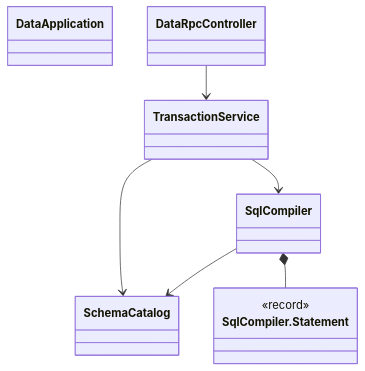
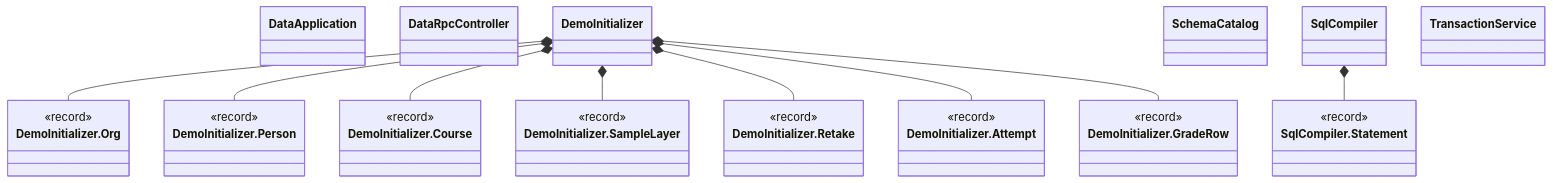
One commit to AlexLiong/grade-management-system changed the fourth of 5 diagrams in docs/class-diagrams.md. Above: the diagram before and after it, drawn with Mermaid. The commit also changed other lines of this file and 11 other files, not shown here.

````diff
--- a/docs/class-diagrams.md
+++ b/docs/class-diagrams.md
@@ -89,15 +95,33 @@
 ```mermaid
 classDiagram
     class DataApplication["DataApplication"]
     class DataRpcController["DataRpcController"]
+    class DemoInitializer["DemoInitializer"]
+    class DemoInitializer_Org["DemoInitializer.Org"]
+    <<record>> DemoInitializer_Org
+    DemoInitializer *-- DemoInitializer_Org
+    class DemoInitializer_Person["DemoInitializer.Person"]
+    <<record>> DemoInitializer_Person
+    DemoInitializer *-- DemoInitializer_Person
+    class DemoInitializer_Course["DemoInitializer.Course"]
+    <<record>> DemoInitializer_Course
+    DemoInitializer *-- DemoInitializer_Course
+    class DemoInitializer_SampleLayer["DemoInitializer.SampleLayer"]
+    <<record>> DemoInitializer_SampleLayer
+    DemoInitializer *-- DemoInitializer_SampleLayer
+    class DemoInitializer_Retake["DemoInitializer.Retake"]
+    <<record>> DemoInitializer_Retake
+    DemoInitializer *-- DemoInitializer_Retake
+    class DemoInitializer_Attempt["DemoInitializer.Attempt"]
+    <<record>> DemoInitializer_Attempt
+    DemoInitializer *-- DemoInitializer_Attempt
+    class DemoInitializer_GradeRow["DemoInitializer.GradeRow"]
+    <<record>> DemoInitializer_GradeRow
+    DemoInitializer *-- DemoInitializer_GradeRow
     class SchemaCatalog["SchemaCatalog"]
     class SqlCompiler["SqlCompiler"]
     class SqlCompiler_Statement["SqlCompiler.Statement"]
     <<record>> SqlCompiler_Statement
     SqlCompiler *-- SqlCompiler_Statement
     class TransactionService["TransactionService"]
-    DataRpcController --> TransactionService
-    SqlCompiler --> SchemaCatalog
-    TransactionService --> SchemaCatalog
-    TransactionService --> SqlCompiler
 ```
````
